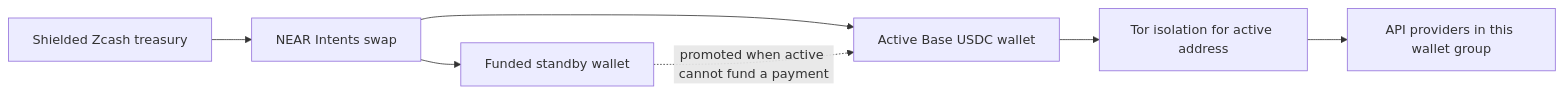
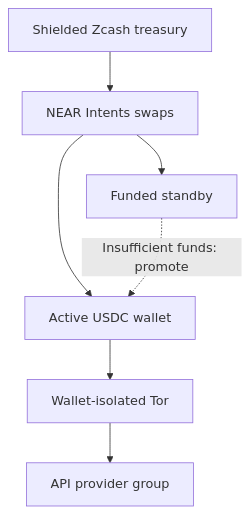
One commit to mikeperry-tor/x402_treazury changed the diagram in README.md. Above: the diagram before and after it, drawn with Mermaid.

Commit message:
Rotate README mermaid diagram layout

````diff
--- a/README.md
+++ b/README.md
@@ -18,9 +18,9 @@
 ```mermaid
-flowchart LR
-    Z[Shielded Zcash treasury] --> N[NEAR Intents swap]
-    N --> A[Active Base USDC wallet]
-    N --> B[Funded standby wallet]
-    A --> T[Tor isolation for active address]
-    T --> P[API providers in this wallet group]
-    B -. promoted when active cannot fund a payment .-> A
+flowchart TB
+    Z[Shielded Zcash treasury] --> N[NEAR Intents swaps]
+    N --> A[Active USDC wallet]
+    N --> B[Funded standby]
+    B -. Insufficient funds: promote .-> A
+    A --> T[Wallet-isolated Tor]
+    T --> P[API provider group]
 ```
````
